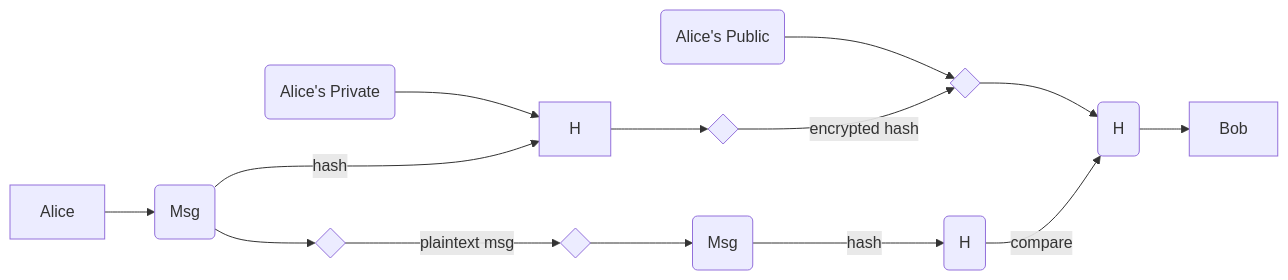
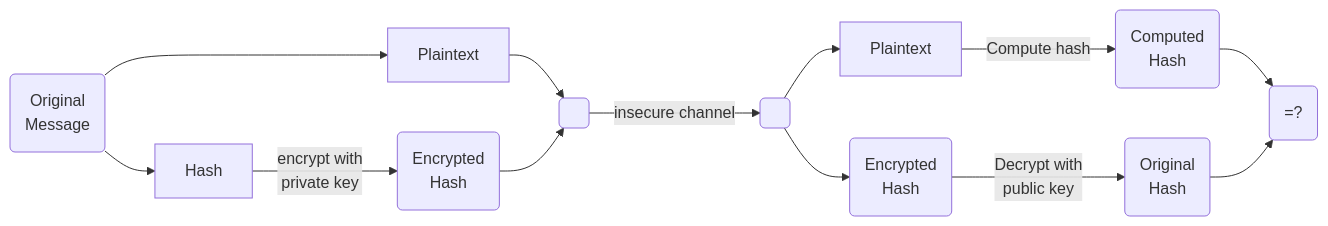
Before and after one commit to AlviseDeFaveri/appunti: the fourth of 4 diagrams in SEC/Security.md, drawn with Mermaid. The commit also changed other lines of this file, not shown here.

````diff
--- a/SEC/Security.md
+++ b/SEC/Security.md
@@ -213,17 +206,15 @@
 ```mermaid
 graph LR;
-Alice --> M(Msg)
-P(Alice's Private) --> H
-P2(Alice's Public) --> D
-M -->|hash| H
-H --> C{ }
-C -->|encrypted hash| D{ }
-M --> D2{ }
-D2 -->|plaintext msg| D3{ }
-D --> H2(H)
-
-D3 --> M2(Msg)
-M2 -->|hash| H3(H)
-H3 -->|compare| H2
-H2 --> Bob
+Msg(Original<br>Message) --> Plaintext
+Msg --> Hash
+Hash -->|encrypt with<br/>private key| H(Encrypted<br>Hash)
+Plaintext --> G1( )
+H --> G1
+G1 -->|insecure channel| G2( )
+G2 --> P2[Plaintext]
+P2 -->|Compute hash| H3(Computed<br>Hash)
+H3 --> A
+G2 --> H2(Encrypted<br>Hash)
+H2 -->|Decrypt with<br>public key| H4(Original<br>Hash)
+H4 --> A(=?)
 ```
````
